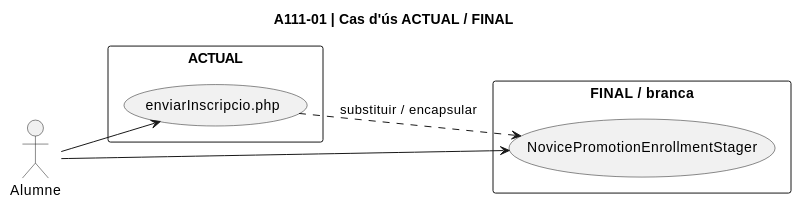
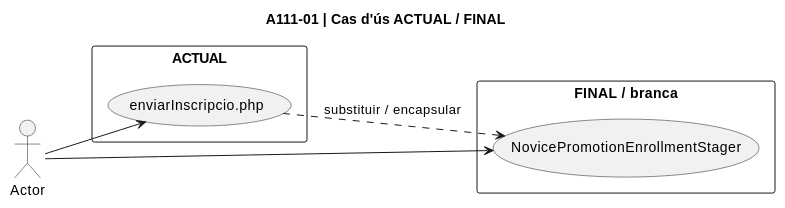
Before and after one commit to orgmeriemprismacat-del/verifactu: the first of 48 diagrams in documentacio/07-uml-integrat/uc-111-diagrames-per-accio.md, drawn with PlantUML. The commit also changed other lines of this file, not shown here.

Commit message:
docs UC-111 diagrams: remove duplicate sequence actors and use stable action-card links

````diff
--- a/documentacio/07-uml-integrat/uc-111-diagrames-per-accio.md
+++ b/documentacio/07-uml-integrat/uc-111-diagrames-per-accio.md
@@ -13,16 +13,15 @@
 ```plantuml
 @startuml
 title A111-01 | Cas d'ús ACTUAL / FINAL
 left to right direction
-actor "Alumne" as Actor
 rectangle "ACTUAL" {
   usecase "enviarInscripcio.php" as Current
 }
 rectangle "FINAL / branca" {
   usecase "NovicePromotionEnrollmentStager" as Target
 }
 Actor --> Current
 Actor --> Target
 Current ..> Target : substituir / encapsular
 @enduml
 ```
````
